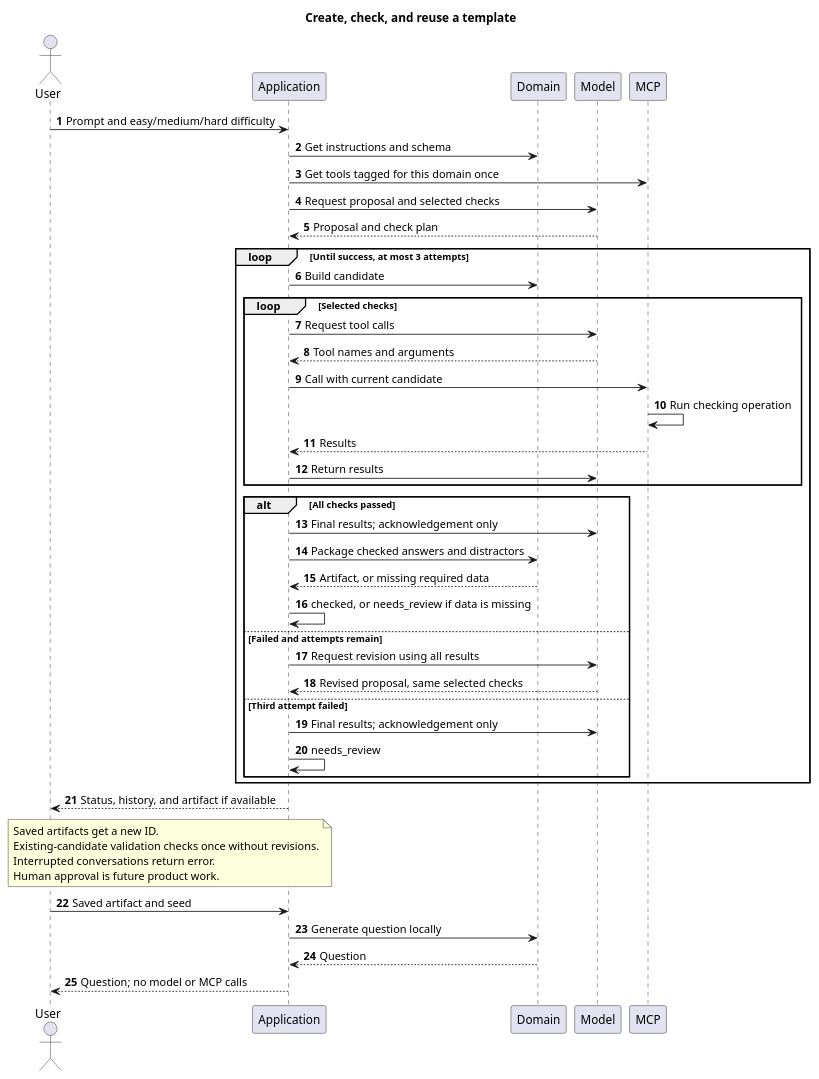
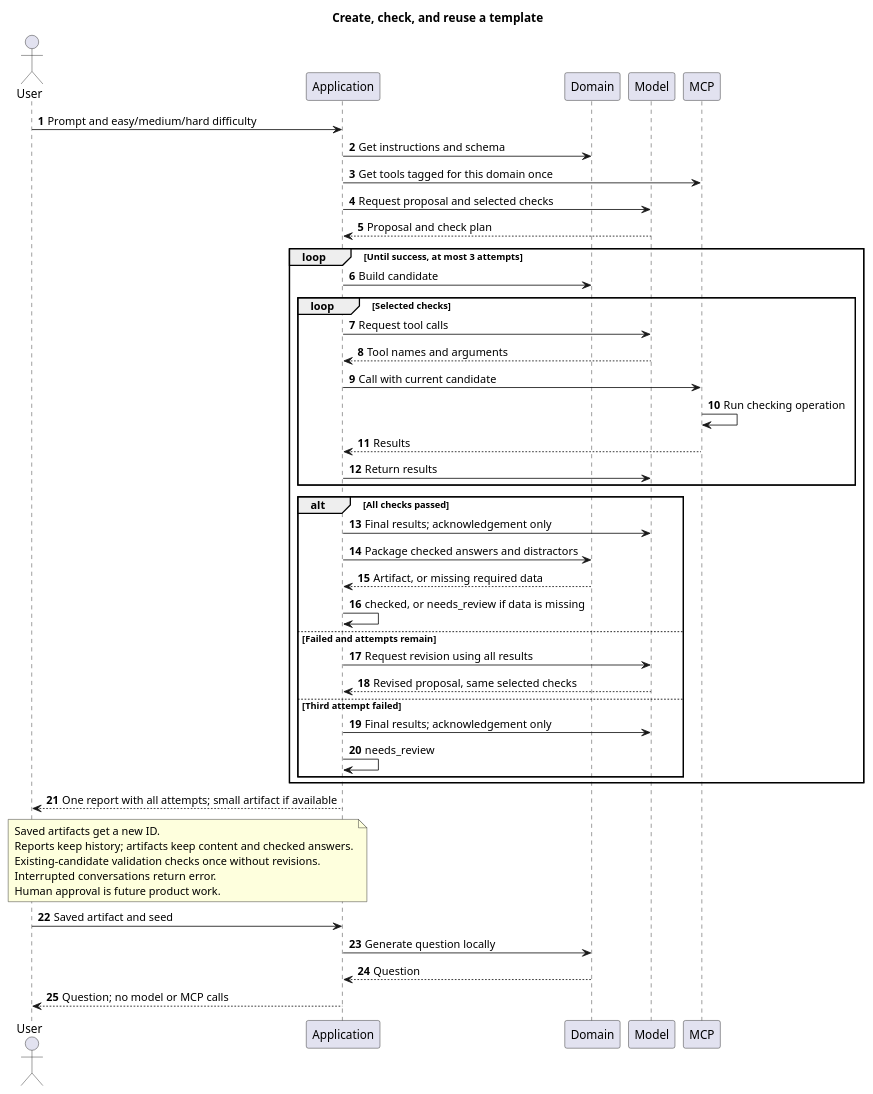
Before and after one commit to edcraft-org/ai: the diagram in docs/question-generation/generate-template.puml, drawn with PlantUML. The commit also changed 19 other files, not shown here.

```diff
--- a/docs/question-generation/generate-template.puml
+++ b/docs/question-generation/generate-template.puml
@@ -1,52 +1,53 @@
 @startuml TemplateGeneration
 title Create, check, and reuse a template
 autonumber
 actor User
 participant Application as App
 participant Domain
 participant Model
 participant MCP
 
 User -> App: Prompt and easy/medium/hard difficulty
 App -> Domain: Get instructions and schema
 App -> MCP: Get tools tagged for this domain once
 App -> Model: Request proposal and selected checks
 Model --> App: Proposal and check plan
 
 loop Until success, at most 3 attempts
     App -> Domain: Build candidate
     loop Selected checks
         App -> Model: Request tool calls
         Model --> App: Tool names and arguments
         App -> MCP: Call with current candidate
         MCP -> MCP: Run checking operation
         MCP --> App: Results
         App -> Model: Return results
     end
     alt All checks passed
         App -> Model: Final results; acknowledgement only
         App -> Domain: Package checked answers and distractors
         Domain --> App: Artifact, or missing required data
         App -> App: checked, or needs_review if data is missing
     else Failed and attempts remain
         App -> Model: Request revision using all results
         Model --> App: Revised proposal, same selected checks
     else Third attempt failed
         App -> Model: Final results; acknowledgement only
         App -> App: needs_review
     end
 end
-App --> User: Status, history, and artifact if available
+App --> User: One report with all attempts; small artifact if available
 
 note over App, User
 Saved artifacts get a new ID.
+Reports keep history; artifacts keep content and checked answers.
 Existing-candidate validation checks once without revisions.
 Interrupted conversations return error.
 Human approval is future product work.
 end note
 
 User -> App: Saved artifact and seed
 App -> Domain: Generate question locally
 Domain --> App: Question
 App --> User: Question; no model or MCP calls
 @enduml
```
